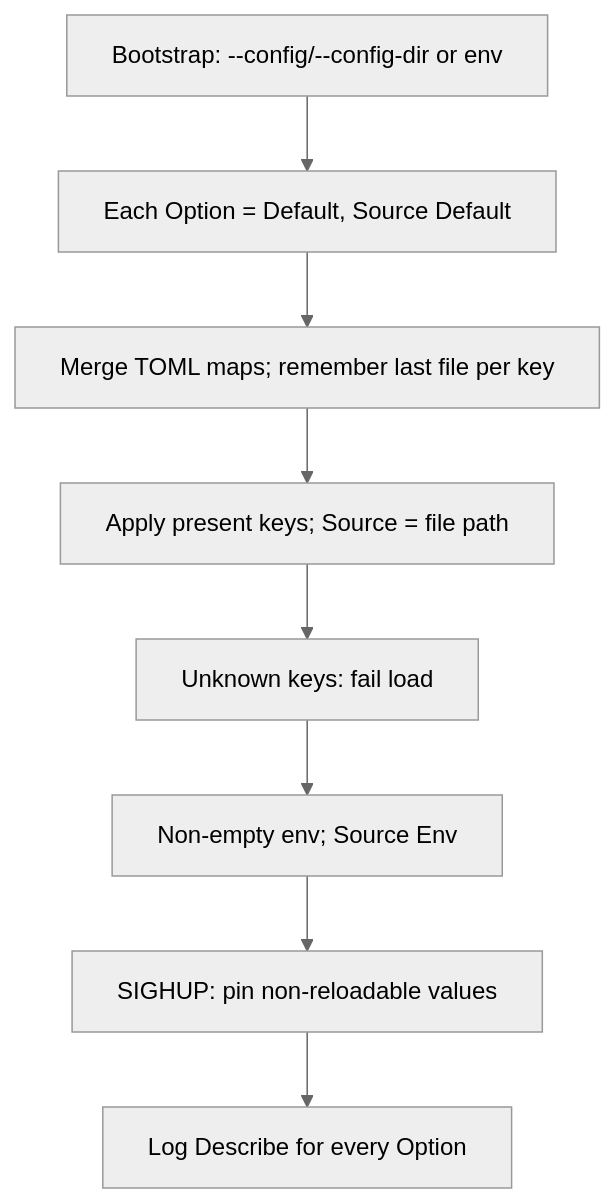
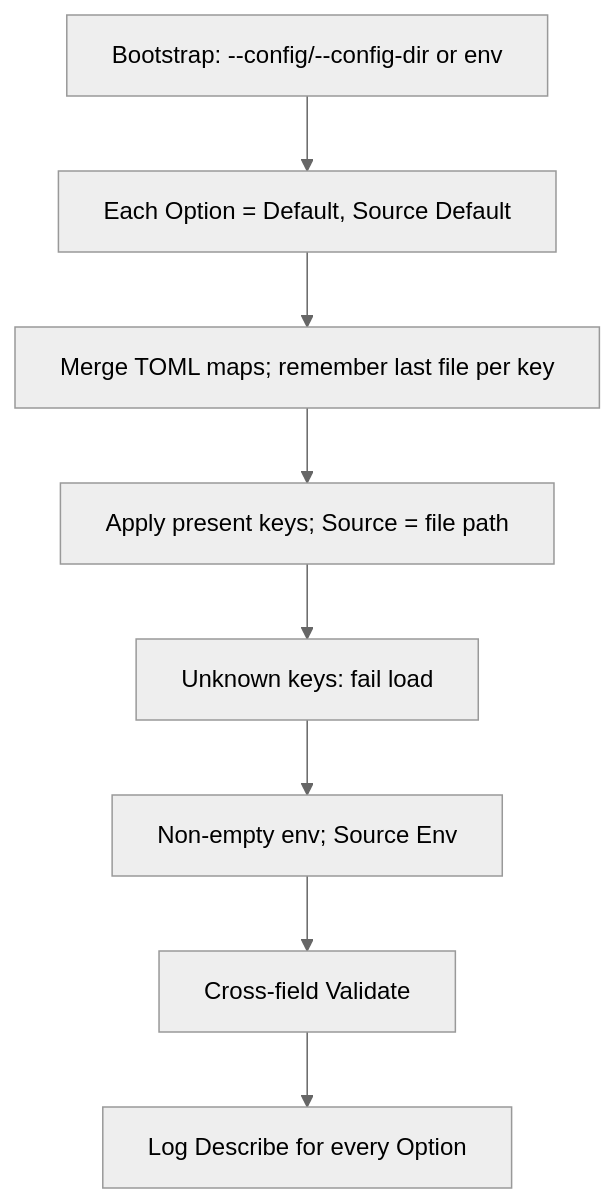
The diagram in docs/specs/config.md (containers/kubernetes-mcp-server), drawn with Mermaid (neutral theme) before and after one commit. The commit also changed other lines of this file and 136 other files, not shown here.

````diff
--- a/docs/specs/config.md
+++ b/docs/specs/config.md
@@ -233,17 +233,17 @@
 ```mermaid
 ---
 config:
   flowchart:
     wrappingWidth: 400
 ---
 flowchart TD
   boot[Bootstrap: --config/--config-dir or env]
   def["Each Option = Default, Source Default"]
   files[Merge TOML maps; remember last file per key]
   applyFile["Apply present keys; Source = file path"]
   unknown["Unknown keys: fail load"]
   applyEnv["Non-empty env; Source Env"]
-  pin[SIGHUP: pin non-reloadable values]
+  xval[Cross-field Validate]
   dump[Log Describe for every Option]
-  boot --> def --> files --> applyFile --> unknown --> applyEnv --> pin --> dump
+  boot --> def --> files --> applyFile --> unknown --> applyEnv --> xval --> dump
 ```
````
